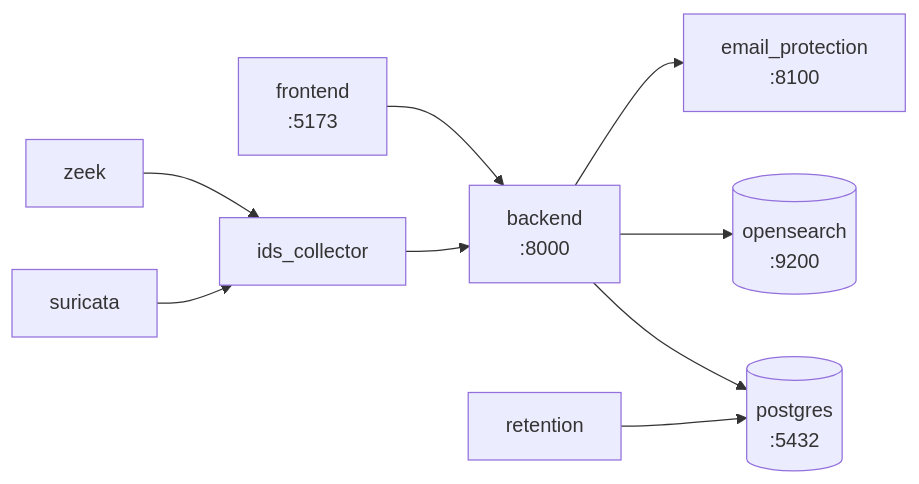
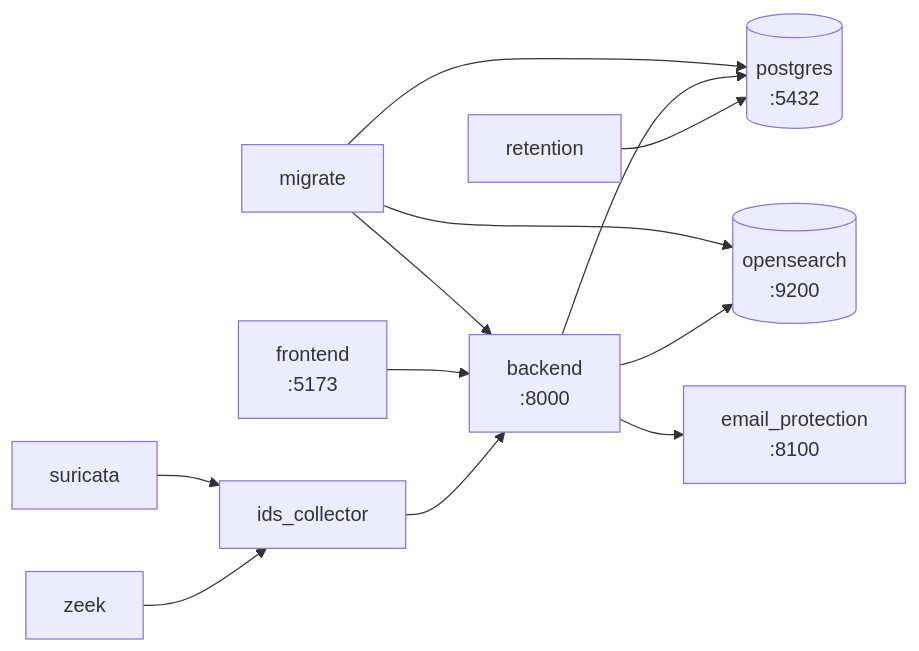
One commit to chemaavila/EVENTSEC changed the diagram in docs/02-setup-docker.md. Above: the diagram before and after it, drawn with Mermaid. The commit also changed other lines of this file and 14 other files, not shown here.

Commit message:
Add migrate gating and schema readiness checks

````diff
--- a/docs/02-setup-docker.md
+++ b/docs/02-setup-docker.md
@@ -110,16 +111,20 @@
 ```mermaid
 flowchart LR
+  migrate[migrate] --> backend[backend
+:8000]
   frontend[frontend
 :5173] --> backend[backend
 :8000]
-  backend --> db[(postgres
+  migrate --> db[(postgres
 :5432)]
-  backend --> opensearch[(opensearch
+  migrate --> opensearch[(opensearch
 :9200)]
+  backend --> db
+  backend --> opensearch
   backend --> email[email_protection
 :8100]
   retention[retention] --> db
   ids_collector --> backend
   suricata --> ids_collector
   zeek --> ids_collector
 ```
````
